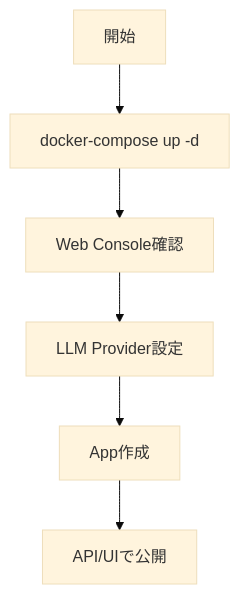
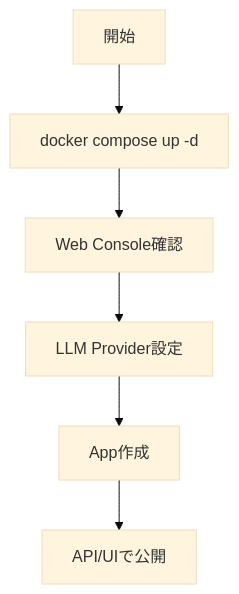
One commit to duwenji/generative-ai-oss-tutorials changed the second of 2 diagrams in docs/04-ui/02-dify.md. Above: the diagram before and after it, drawn with Mermaid (base theme). The commit also changed other lines of this file and 38 other files, not shown here.

First line of the commit message:
Add execution traces and screenshots for AnythingLLM, Flowise, LibreChat, and LobeChat examples

````diff
--- a/docs/04-ui/02-dify.md
+++ b/docs/04-ui/02-dify.md
@@ -72,8 +91,8 @@
 ```mermaid
 flowchart TD
-		S[開始] --> U[docker-compose up -d]
+    S[開始] --> U[docker compose up -d]
 		U --> W[Web Console確認]
 		W --> P[LLM Provider設定]
 		P --> A[App作成]
 		A --> X[API/UIで公開]
 ```
````
